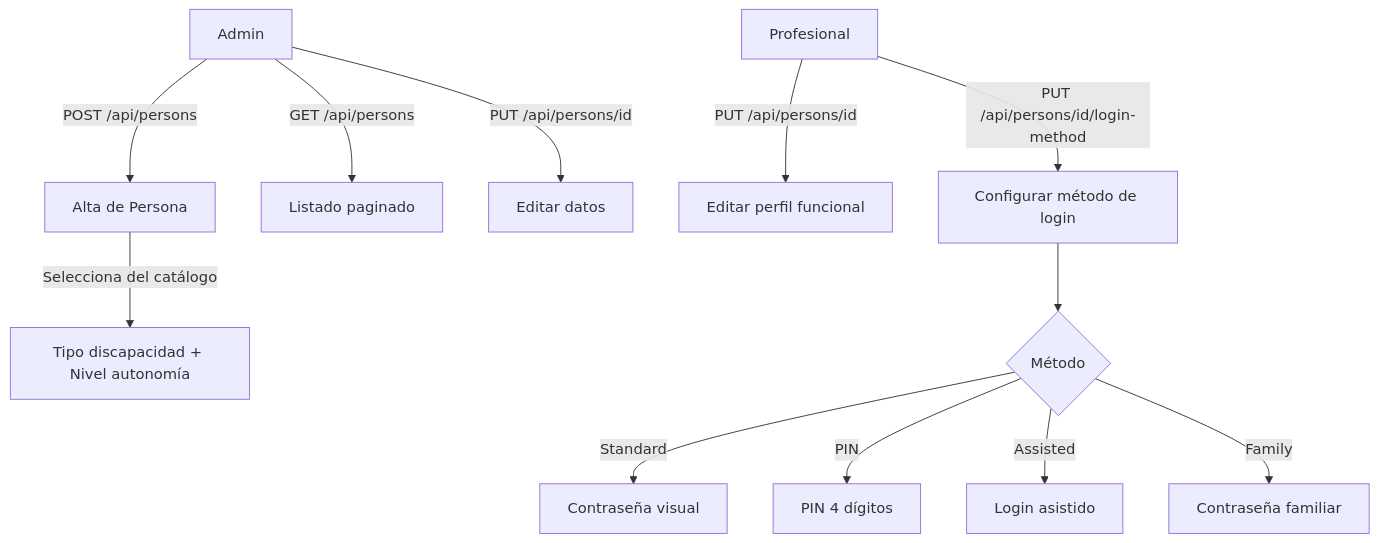
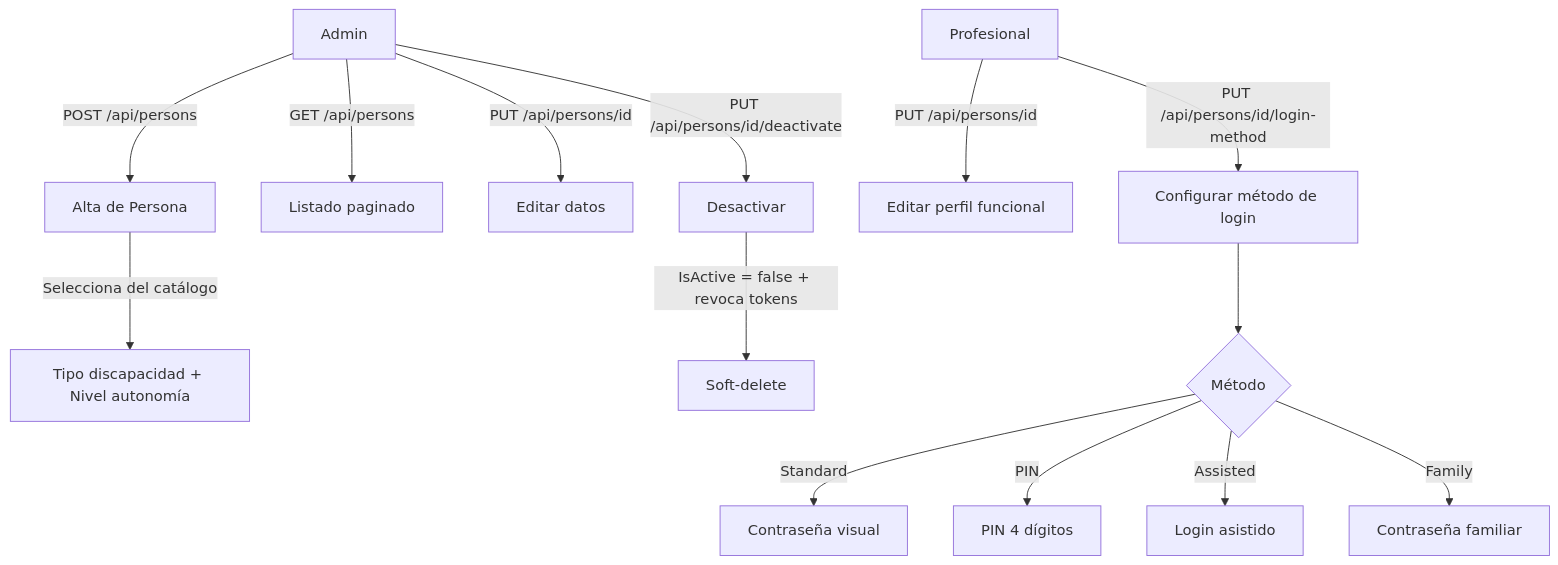
The diagram in Process/05-gestion-personas.md (Sacha-html/InclusiON), drawn with Mermaid before and after one commit. The commit also changed other lines of this file and 2 other files, not shown here.

Commit message:
feat: add soft-delete functionality for users and enhance family management details

````diff
--- a/Process/05-gestion-personas.md
+++ b/Process/05-gestion-personas.md
@@ -39,16 +45,19 @@
 ```mermaid
 flowchart TD
     ADMIN[Admin] -->|POST /api/persons| ALTA[Alta de Persona]
     ALTA -->|Selecciona del catálogo| CAT[Tipo discapacidad + Nivel autonomía]
 
     ADMIN -->|GET /api/persons| LIST[Listado paginado]
     ADMIN -->|PUT /api/persons/id| EDIT[Editar datos]
 
     PROF[Profesional] -->|PUT /api/persons/id| EDIT_F[Editar perfil funcional]
     PROF -->|PUT /api/persons/id/login-method| LOGIN[Configurar método de login]
     LOGIN --> METHOD{Método}
     METHOD -->|Standard| STD[Contraseña visual]
     METHOD -->|PIN| PIN[PIN 4 dígitos]
     METHOD -->|Assisted| ASS[Login asistido]
     METHOD -->|Family| FAM[Contraseña familiar]
+
+    ADMIN -->|PUT /api/persons/id/deactivate| DEACT[Desactivar]
+    DEACT -->|IsActive = false + revoca tokens| SOFT[Soft-delete]
 ```
````
